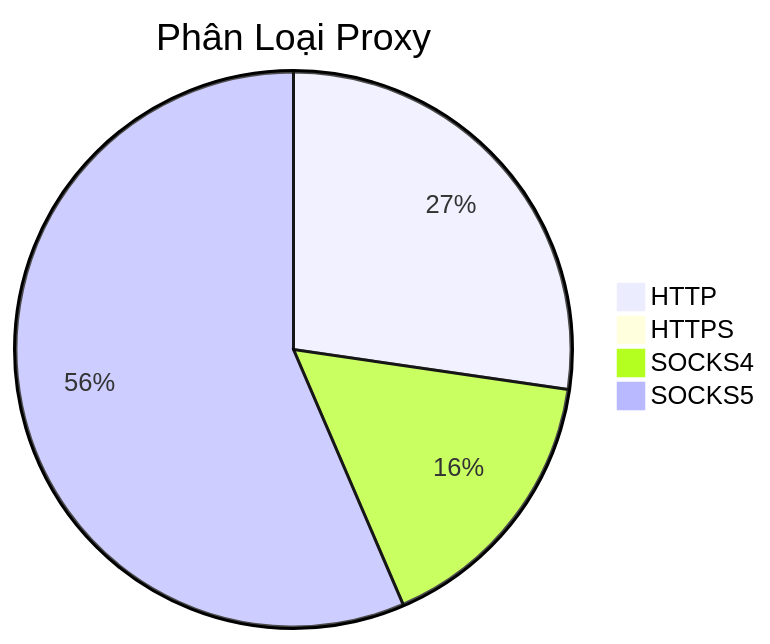
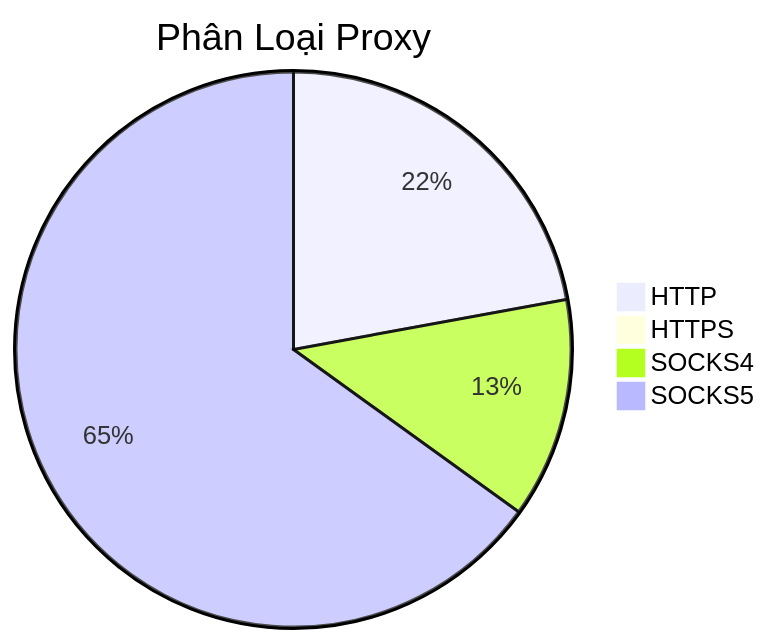
Before and after one commit to Ciara-12/PROXY-free: the diagram in README.md, drawn with Mermaid. The commit also changed other lines of this file and 4 other files, not shown here.

````diff
--- a/README.md
+++ b/README.md
@@ -26,7 +26,7 @@
 ```mermaid
 pie title Phân Loại Proxy
-    "HTTP" : 543
+    "HTTP" : 467
     "HTTPS" : 1
-    "SOCKS4" : 323
-    "SOCKS5" : 1123
+    "SOCKS4" : 271
+    "SOCKS5" : 1374
 ```
````
